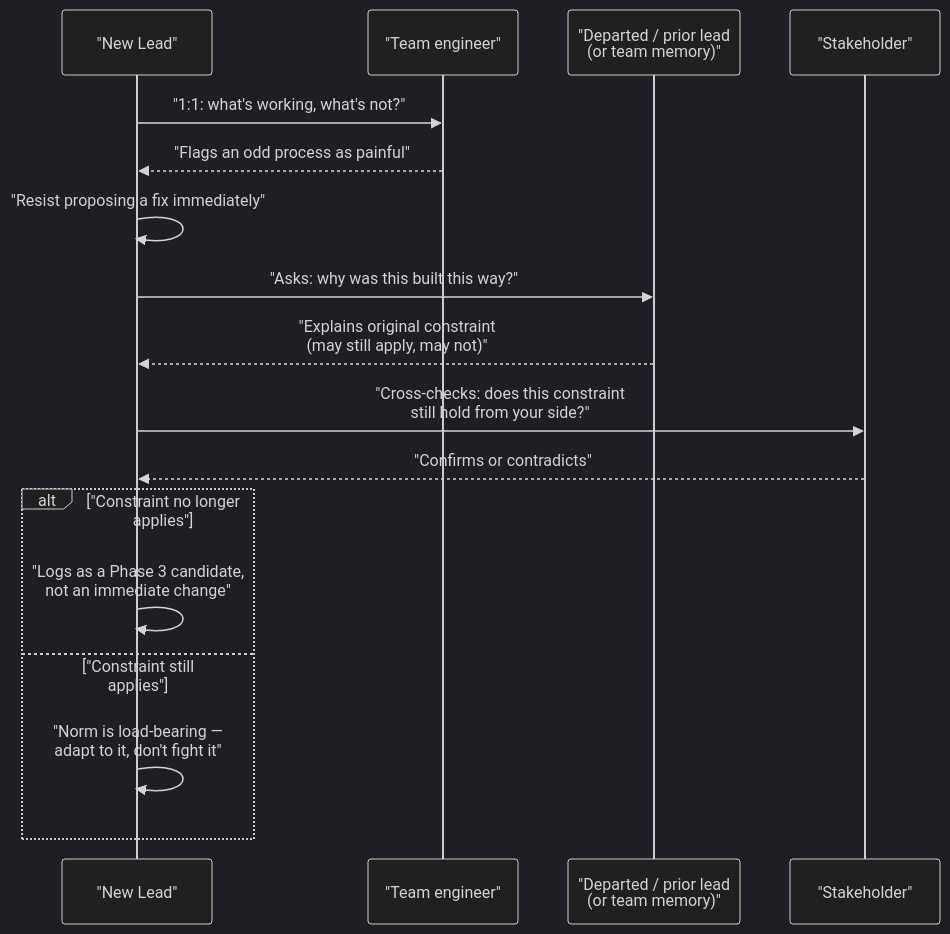
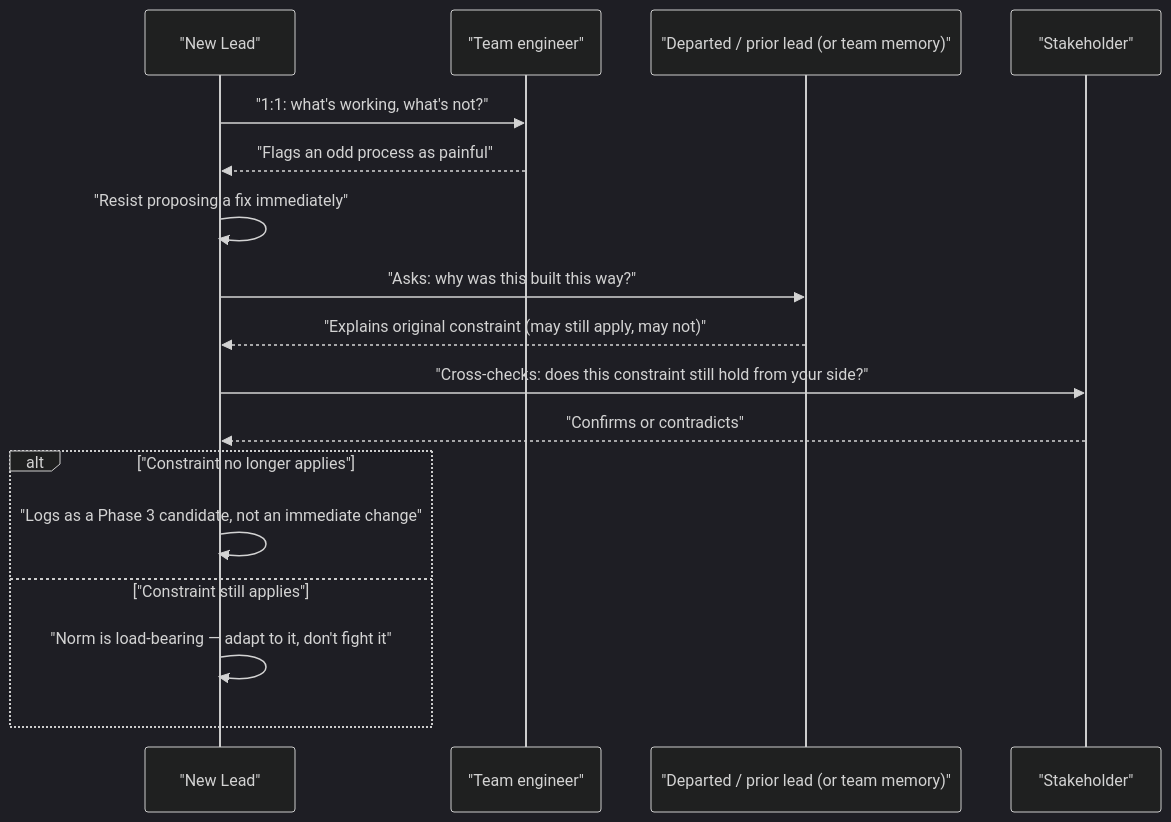
One commit to vinayakhumberi/litmus changed the second of 2 diagrams in data/topics/onboarding-lead.md. Above: the diagram before and after it, drawn with Mermaid (dark theme). The commit also changed other lines of this file and 68 other files, not shown here.

````diff
--- a/data/topics/onboarding-lead.md
+++ b/data/topics/onboarding-lead.md
@@ -131,20 +131,20 @@
 ```mermaid
 sequenceDiagram
     participant Lead as "New Lead"
     participant Eng as "Team engineer"
-    participant PrevLead as "Departed / prior lead<br>(or team memory)"
+    participant PrevLead as "Departed / prior lead (or team memory)"
     participant Stake as "Stakeholder"
 
     Lead->>Eng: "1:1: what's working, what's not?"
     Eng-->>Lead: "Flags an odd process as painful"
     Lead->>Lead: "Resist proposing a fix immediately"
     Lead->>PrevLead: "Asks: why was this built this way?"
-    PrevLead-->>Lead: "Explains original constraint<br>(may still apply, may not)"
-    Lead->>Stake: "Cross-checks: does this constraint<br>still hold from your side?"
+    PrevLead-->>Lead: "Explains original constraint (may still apply, may not)"
+    Lead->>Stake: "Cross-checks: does this constraint still hold from your side?"
     Stake-->>Lead: "Confirms or contradicts"
     alt "Constraint no longer applies"
-        Lead->>Lead: "Logs as a Phase 3 candidate,<br>not an immediate change"
+        Lead->>Lead: "Logs as a Phase 3 candidate, not an immediate change"
     else "Constraint still applies"
-        Lead->>Lead: "Norm is load-bearing —<br>adapt to it, don't fight it"
+        Lead->>Lead: "Norm is load-bearing — adapt to it, don't fight it"
     end
 ```
````
